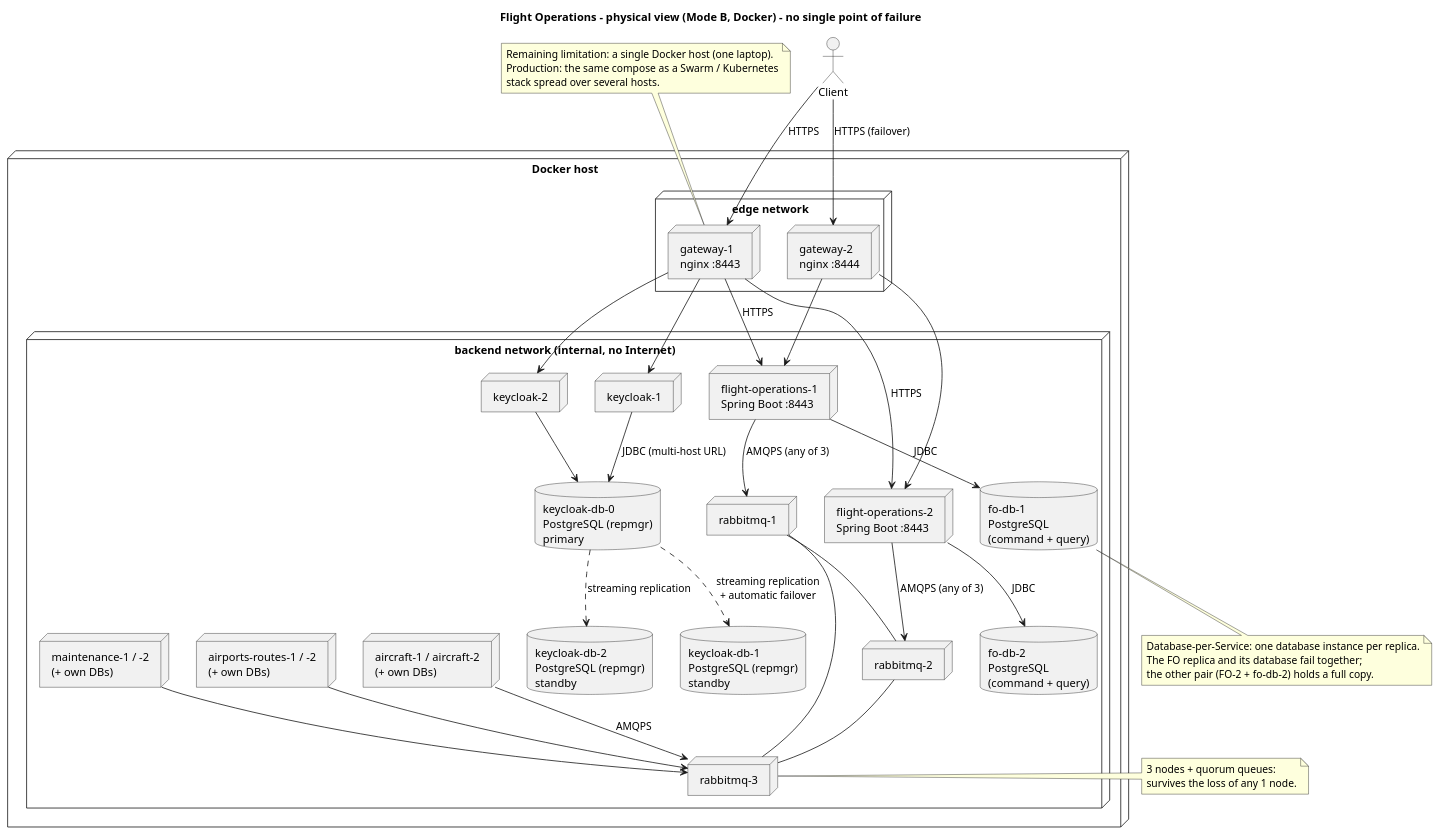
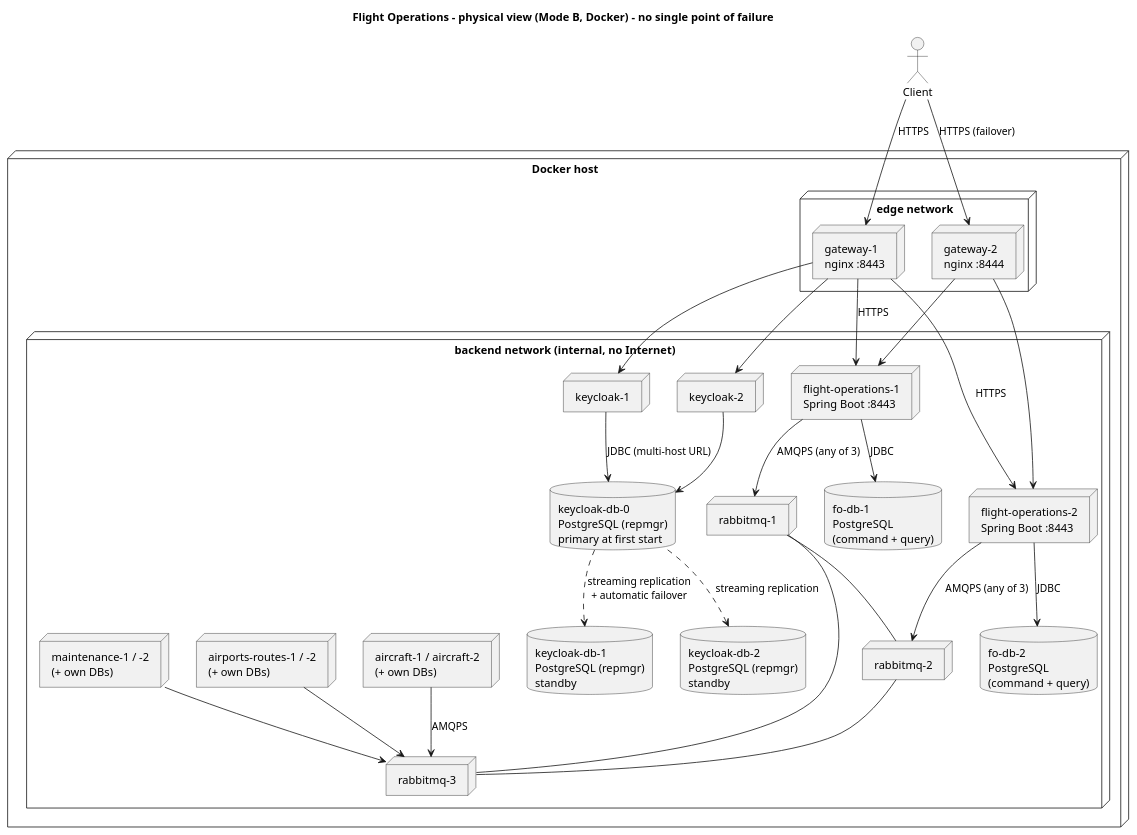
The diagram in Services/Flighting Operations/docs/physical-view-flight-operations.puml (anamartasilvaa/SIDIG_AI_Safe), drawn with PlantUML before and after one commit. The commit also changed 27 other files, not shown here.

Commit message:
documentação e diagramas atualizados

```diff
--- a/Services/Flighting Operations/docs/physical-view-flight-operations.puml
+++ b/Services/Flighting Operations/docs/physical-view-flight-operations.puml
@@ -1,71 +1,57 @@
 @startuml physical-view-flight-operations
 skinparam shadowing false
 title Flight Operations - physical view (Mode B, Docker) - no single point of failure
 
 node "Docker host" {
   node "edge network" {
     node "gateway-1\nnginx :8443" as G1
     node "gateway-2\nnginx :8444" as G2
   }
   node "backend network (internal, no Internet)" {
     node "keycloak-1" as K1
     node "keycloak-2" as K2
-    database "keycloak-db-0\nPostgreSQL (repmgr)\nprimary" as KDB1
+    database "keycloak-db-0\nPostgreSQL (repmgr)\nprimary at first start" as KDB1
     database "keycloak-db-1\nPostgreSQL (repmgr)\nstandby" as KDB2
     database "keycloak-db-2\nPostgreSQL (repmgr)\nstandby" as KDB3
 
     node "rabbitmq-1" as RB1
     node "rabbitmq-2" as RB2
     node "rabbitmq-3" as RB3
 
     node "flight-operations-1\nSpring Boot :8443" as FO1
     database "fo-db-1\nPostgreSQL\n(command + query)" as FDB1
     node "flight-operations-2\nSpring Boot :8443" as FO2
     database "fo-db-2\nPostgreSQL\n(command + query)" as FDB2
 
     node "aircraft-1 / aircraft-2\n(+ own DBs)" as AC
     node "airports-routes-1 / -2\n(+ own DBs)" as AR
     node "maintenance-1 / -2\n(+ own DBs)" as MT
   }
 }
 
 actor "Client" as C
 C --> G1 : HTTPS
 C --> G2 : HTTPS (failover)
 G1 --> FO1 : HTTPS
 G1 --> FO2 : HTTPS
 G2 --> FO1
 G2 --> FO2
 G1 --> K1
 G1 --> K2
 K1 --> KDB1 : JDBC (multi-host URL)
 K2 --> KDB1
 KDB1 ..> KDB2 : streaming replication\n+ automatic failover
 KDB1 ..> KDB3 : streaming replication
 
 FO1 --> FDB1 : JDBC
 FO2 --> FDB2 : JDBC
 FO1 --> RB1 : AMQPS (any of 3)
 FO2 --> RB2 : AMQPS (any of 3)
 RB1 -- RB2
 RB2 -- RB3
 RB1 -- RB3
 AC --> RB3 : AMQPS
 AR --> RB3
 MT --> RB3
 
-note bottom of FDB1
-  Database-per-Service: one database instance per replica.
-  The FO replica and its database fail together;
-  the other pair (FO-2 + fo-db-2) holds a full copy.
-end note
-note right of RB3
-  3 nodes + quorum queues:
-  survives the loss of any 1 node.
-end note
-note top of G1
-  Remaining limitation: a single Docker host (one laptop).
-  Production: the same compose as a Swarm / Kubernetes
-  stack spread over several hosts.
-end note
 @enduml
```
